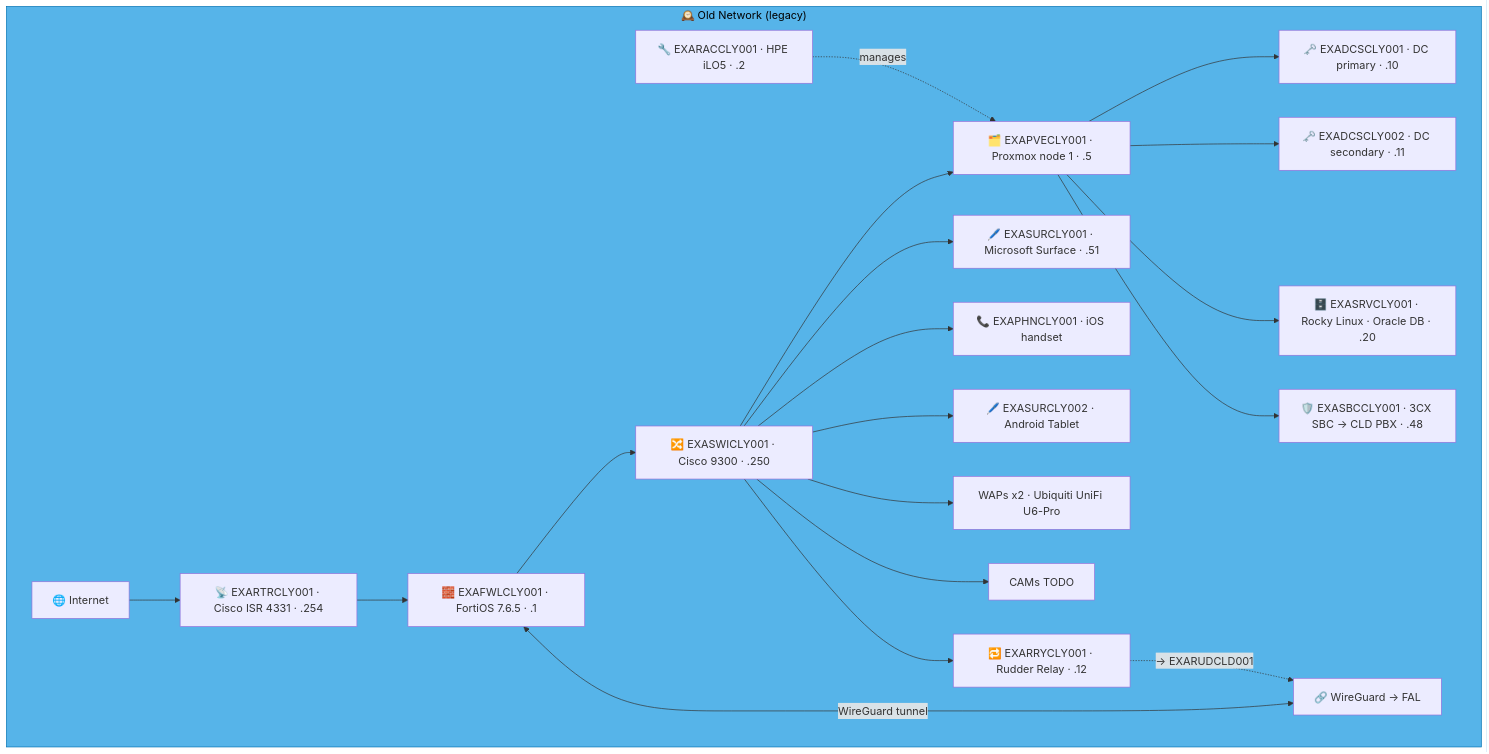
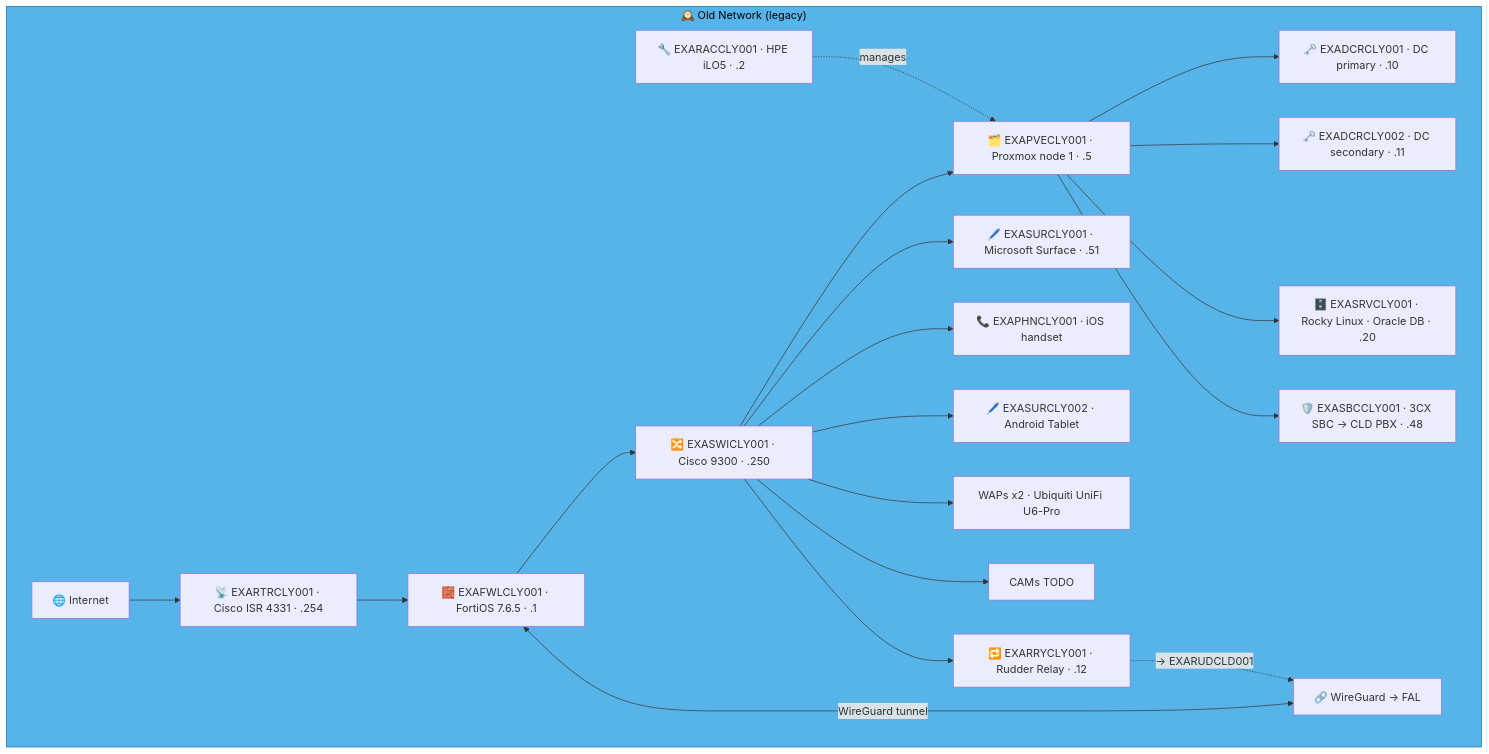
Diagram 11 of 21 in docs/network-diagram/scotland.md (knightmare2600/example_music_infra), drawn with Mermaid before and after one commit. The commit also changed other lines of this file and 8 other files, not shown here.

````diff
--- a/docs/network-diagram/scotland.md
+++ b/docs/network-diagram/scotland.md
@@ -697,32 +684,32 @@
 ```mermaid
 graph TD
     subgraph OLD_CLY ["🕰️ Old Network (legacy)"]
       INET["🌐 Internet"]
       FWL["🧱 EXAFWLCLY001 · FortiOS 7.6.5 · .1"]
       RTR["📡 EXARTRCLY001 · Cisco ISR 4331 · .254"]
       SW["🔀 EXASWICLY001 · Cisco 9300 · .250"]
       RAC["🔧 EXARACCLY001 · HPE iLO5 · .2"]
       PVE["🗂️ EXAPVECLY001 · Proxmox node 1 · .5"]
-      DC1["🗝️ EXADCSCLY001 · DC primary · .10"]
-      DC2["🗝️ EXADCSCLY002 · DC secondary · .11"]
+      DC1["🗝️ EXADCRCLY001 · DC primary · .10"]
+      DC2["🗝️ EXADCRCLY002 · DC secondary · .11"]
       SRV["🗄️ EXASRVCLY001 · Rocky Linux · Oracle DB · .20"]
       SBC["🛡️ EXASBCCLY001 · 3CX SBC → CLD PBX · .48"]
       RRY["🔁 EXARRYCLY001 · Rudder Relay · .12"]
       SUR["🖊️ EXASURCLY001 · Microsoft Surface · .51"]
       PHN["📞 EXAPHNCLY001 · iOS handset"]
       TAB["🖊️ EXASURCLY002 · Android Tablet"]
       WAP["WAPs x2 · Ubiquiti UniFi U6-Pro"]
       CAM["CAMs TODO"]
       VPN["🔗 WireGuard → FAL"]
 
       INET --> RTR --> FWL --> SW
       SW --> PVE --> DC1 & DC2 & SRV & SBC
       RAC -.->|"manages"| PVE
       SW --> SUR & PHN & TAB & WAP & CAM
       FWL <-->|"WireGuard tunnel"| VPN
 
       SW --> RRY
       RRY -. "→ EXARUDCLD001" .-> VPN
     end
     style OLD_CLY fill:#56B4E9,stroke:#0072B2,color:#000000
 ```
````
